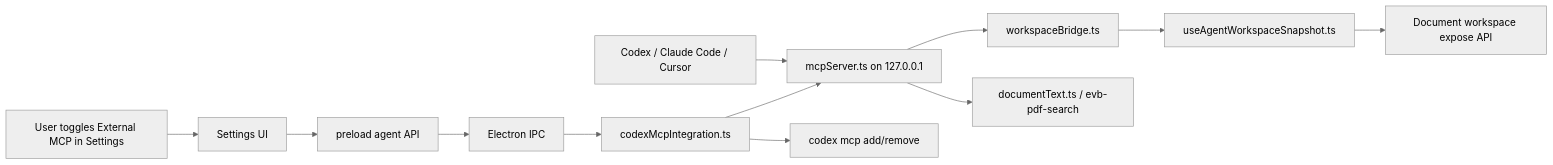
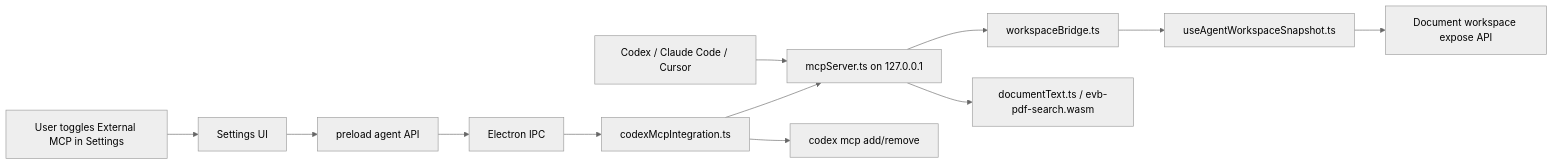
The first of 2 diagrams in docs/architecture/mcp.md (evb0110/evb-viewer), drawn with Mermaid (neutral theme) before and after one commit. The commit also changed other lines of this file and 48 other files, not shown here.

First line of the commit message:
feat(search): unify pdf-search on WASM across desktop and web

````diff
--- a/docs/architecture/mcp.md
+++ b/docs/architecture/mcp.md
@@ -23,14 +23,14 @@
 ```mermaid
 flowchart LR
     User["User toggles External MCP in Settings"] --> Renderer["Settings UI"]
     Renderer --> Preload["preload agent API"]
     Preload --> MainIPC["Electron IPC"]
     MainIPC --> CodexIntegration["codexMcpIntegration.ts"]
     CodexIntegration --> LocalServer["mcpServer.ts on 127.0.0.1"]
     CodexIntegration --> CodexCLI["codex mcp add/remove"]
     Codex["Codex / Claude Code / Cursor"] --> LocalServer
     LocalServer --> WorkspaceBridge["workspaceBridge.ts"]
     WorkspaceBridge --> AppShell["useAgentWorkspaceSnapshot.ts"]
     AppShell --> WorkspaceExpose["Document workspace expose API"]
-    LocalServer --> SearchIndex["documentText.ts / evb-pdf-search"]
+    LocalServer --> SearchIndex["documentText.ts / evb-pdf-search.wasm"]
 ```
````
